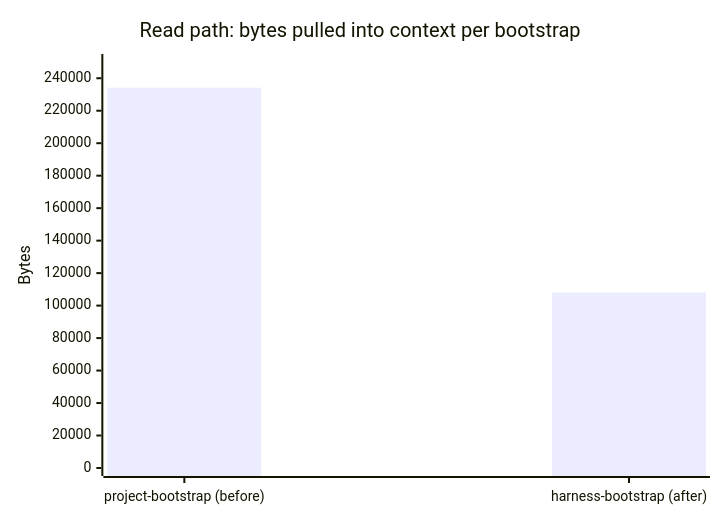
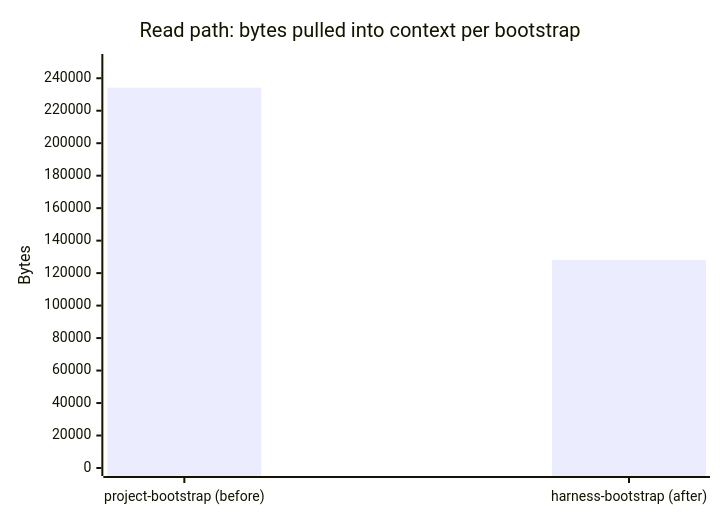
One commit to nguyenhx2/agent-harness-bootstrap changed the second of 3 diagrams in benchmark/RESULTS.md. Above: the diagram before and after it, drawn with Mermaid. The commit also changed other lines of this file and 49 other files, not shown here.

````diff
--- a/benchmark/RESULTS.md
+++ b/benchmark/RESULTS.md
@@ -56,7 +67,7 @@
 ```mermaid
 xychart-beta
     title "Read path: bytes pulled into context per bootstrap"
     x-axis ["project-bootstrap (before)", "harness-bootstrap (after)"]
     y-axis "Bytes" 0 --> 250000
-    bar [234196, 108094]
+    bar [234196, 128072]
 ```
````
